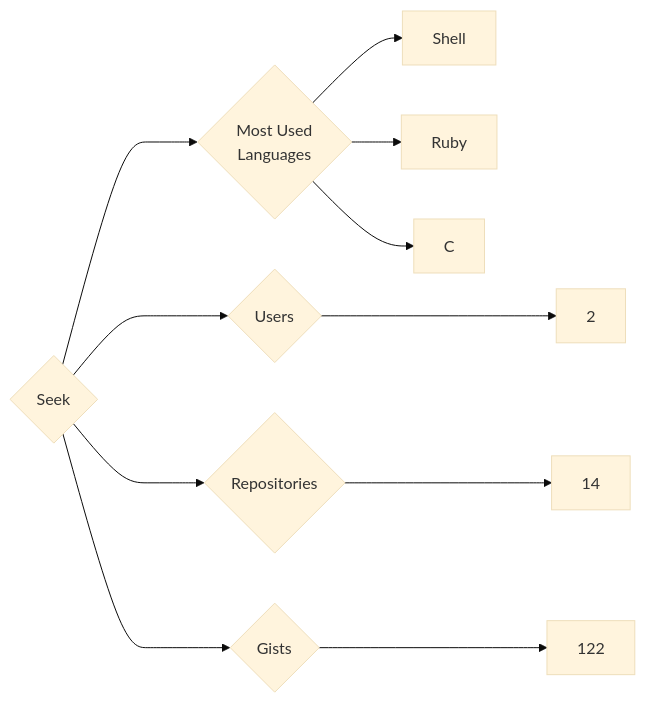
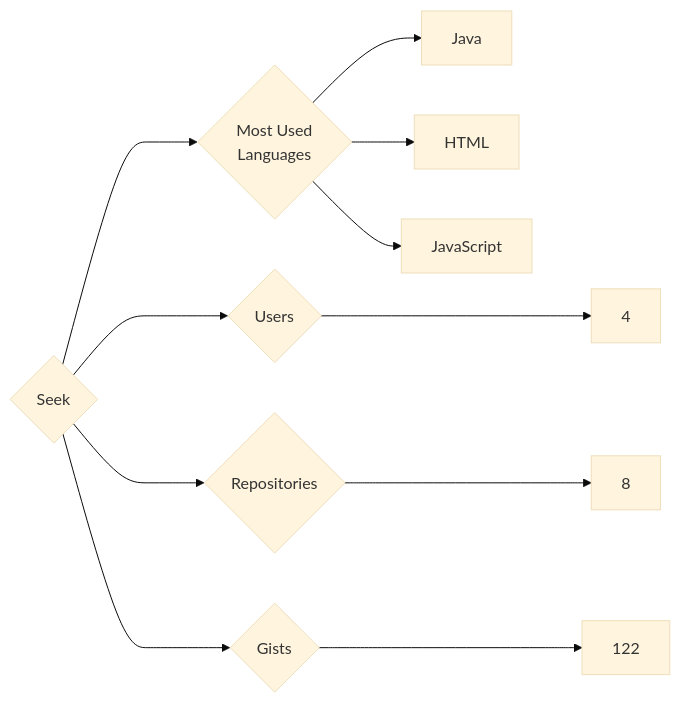
One commit to trickest/insiders changed the diagram in targets/Seek/README.md. Above: the diagram before and after it, drawn with Mermaid (base theme). The commit also changed 823 other files, not shown here.

````diff
--- a/targets/Seek/README.md
+++ b/targets/Seek/README.md
@@ -3,11 +3,11 @@
 ```mermaid
 graph LR
 COMPANY_NAME{Seek}
-COMPANY_NAME ---> U{Users} ---> UN[2]
-COMPANY_NAME ---> R{Repositories} ---> RN[14]
+COMPANY_NAME ---> U{Users} ---> UN[4]
+COMPANY_NAME ---> R{Repositories} ---> RN[8]
 COMPANY_NAME ---> G{Gists} ---> GN[122]
 COMPANY_NAME ---> ML{Most Used<br>Languages}
-ML --> Shell[Shell]
-ML --> Ruby[Ruby]
-ML --> C[C]
+ML --> Java[Java]
+ML --> HTML[HTML]
+ML --> JavaScript[JavaScript]
 ```
````
